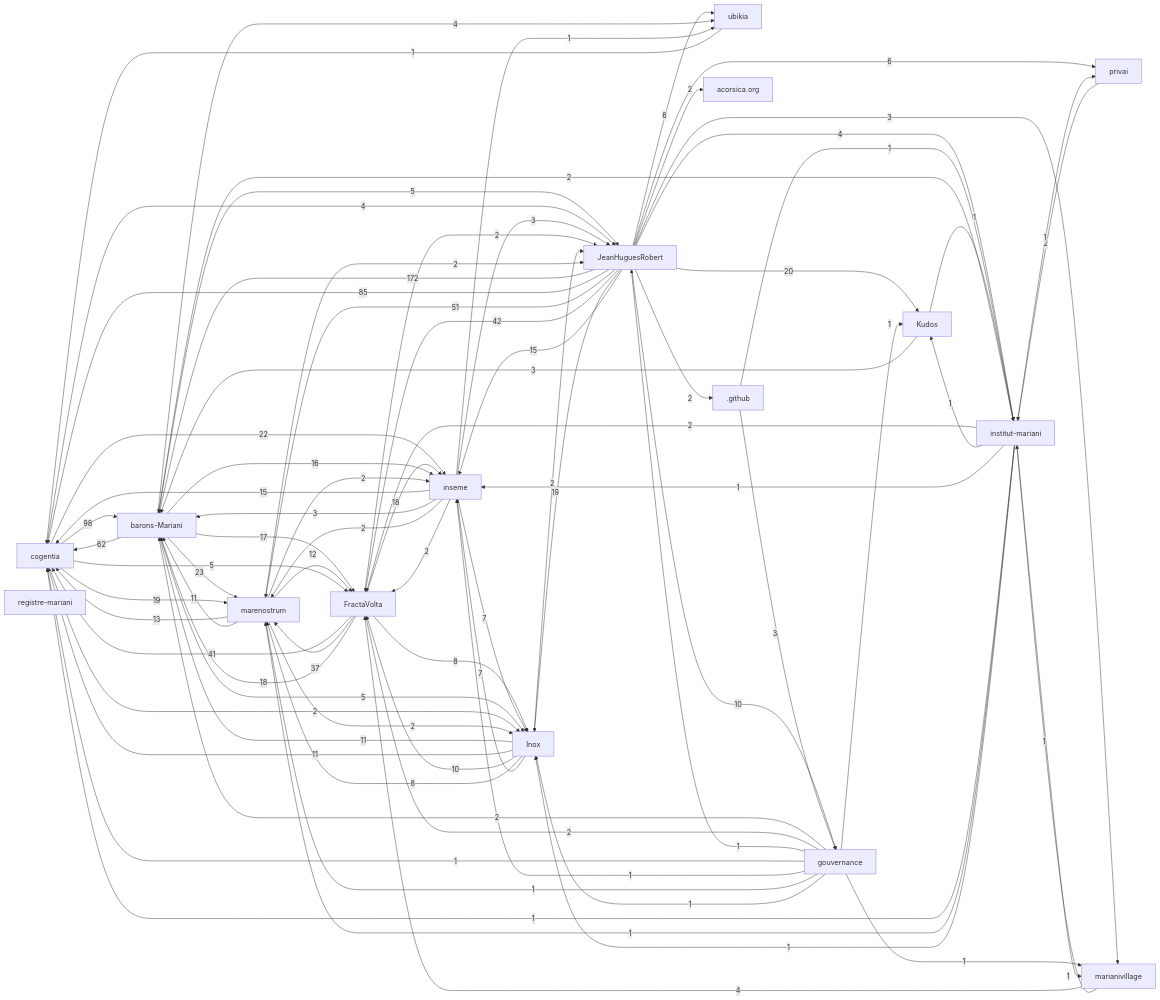
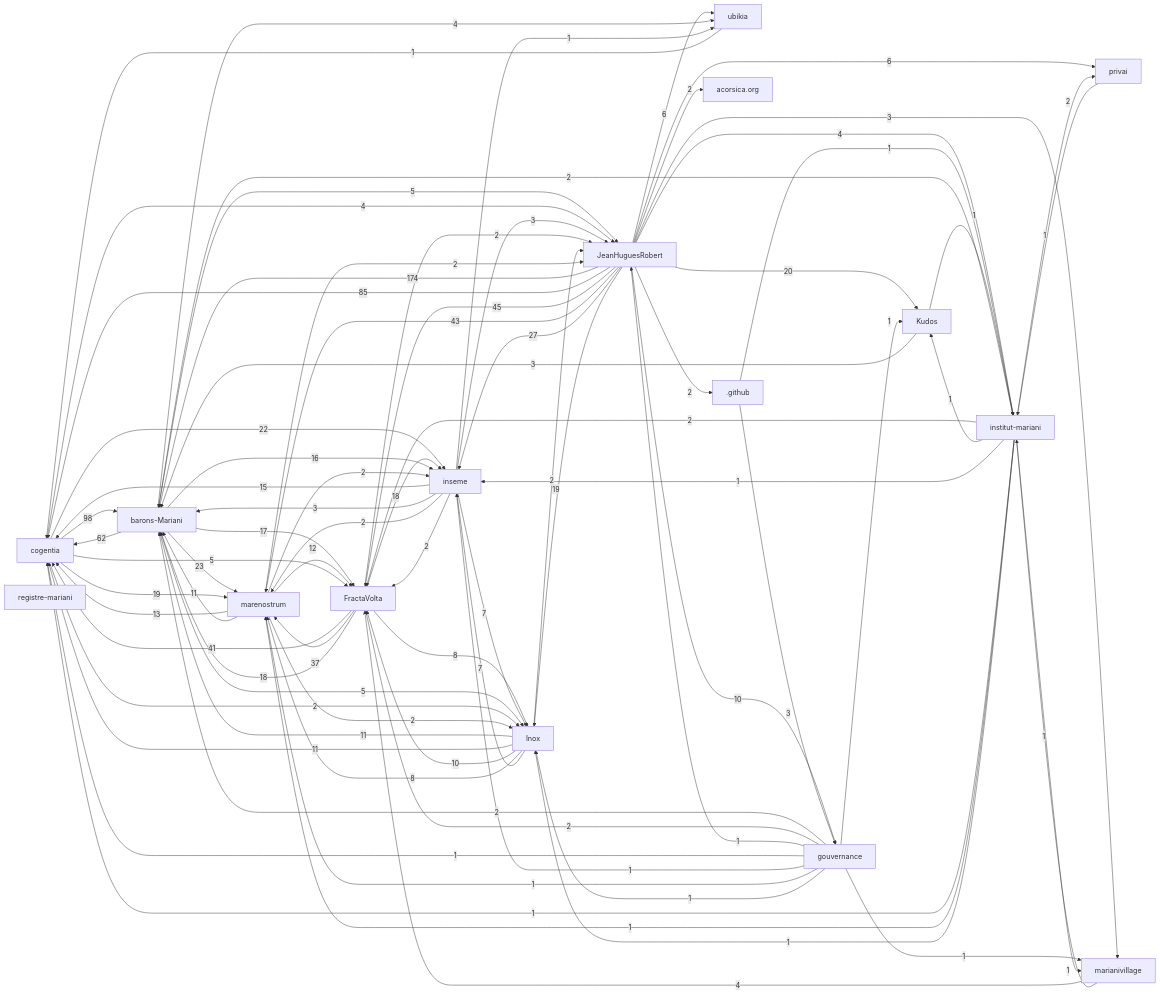
Before and after one commit to JeanHuguesRobert/FractaVolta: the first of 2 diagrams in research/corpus-status.md, drawn with Mermaid. The commit also changed other lines of this file and 1 other file, not shown here.

Commit message:
Refresh corpus status

```diff
--- a/research/corpus-status.md
+++ b/research/corpus-status.md
@@ -67,14 +67,15 @@
   r_kudos["Kudos"]
   r_github[".github"]
   r_acorsica_org["acorsica.org"]
-  r_jeanhuguesrobert -->|172| r_barons_mariani
+  r_jeanhuguesrobert -->|174| r_barons_mariani
   r_cogentia -->|98| r_barons_mariani
   r_jeanhuguesrobert -->|85| r_cogentia
   r_barons_mariani -->|62| r_cogentia
-  r_jeanhuguesrobert -->|51| r_marenostrum
-  r_jeanhuguesrobert -->|42| r_fractavolta
+  r_jeanhuguesrobert -->|45| r_fractavolta
+  r_jeanhuguesrobert -->|43| r_marenostrum
   r_fractavolta -->|41| r_cogentia
   r_fractavolta -->|37| r_marenostrum
+  r_jeanhuguesrobert -->|27| r_inseme
   r_barons_mariani -->|23| r_marenostrum
   r_cogentia -->|22| r_inseme
   r_jeanhuguesrobert -->|20| r_kudos
@@ -85,7 +86,6 @@
   r_barons_mariani -->|17| r_fractavolta
   r_barons_mariani -->|16| r_inseme
   r_inseme -->|15| r_cogentia
-  r_jeanhuguesrobert -->|15| r_inseme
   r_marenostrum -->|13| r_cogentia
   r_marenostrum -->|12| r_fractavolta
   r_inox -->|11| r_barons_mariani
```
